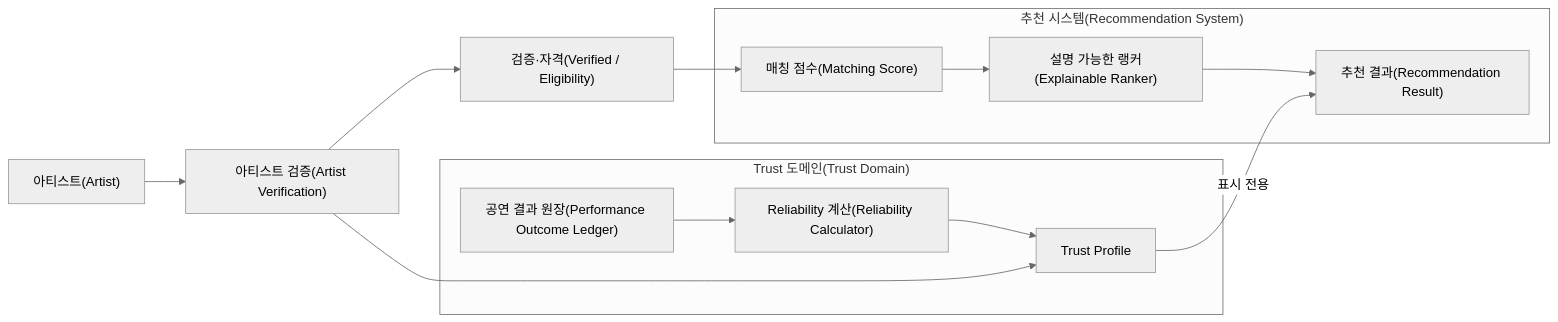
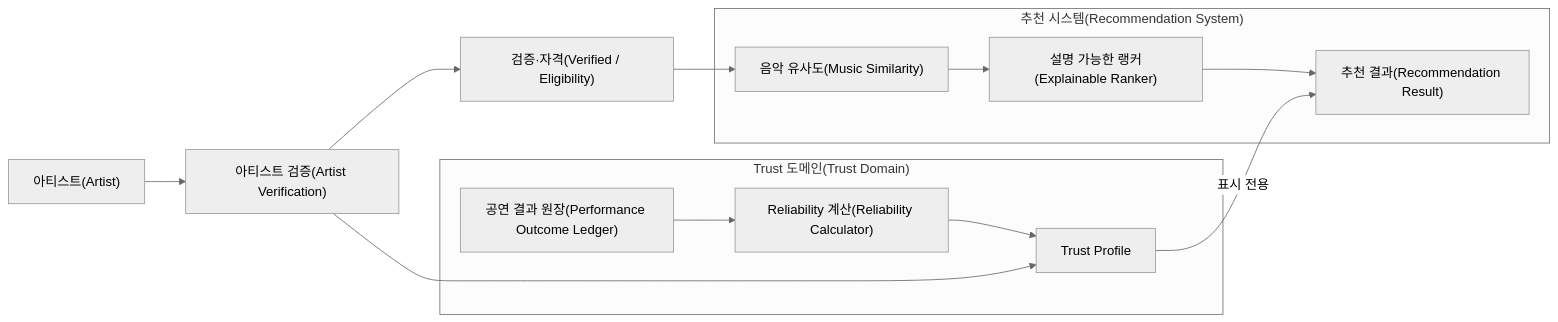
The first of 10 diagrams in docs/adr/artist_trust_architecture/01_artist_trust_architecture.md (nsuCapstoneTeam/NSU_CAPSTONE), drawn with Mermaid (neutral theme) before and after one commit. The commit also changed other lines of this file and 13 other files, not shown here.

````diff
--- a/docs/adr/artist_trust_architecture/01_artist_trust_architecture.md
+++ b/docs/adr/artist_trust_architecture/01_artist_trust_architecture.md
@@ -113,35 +113,35 @@
 ```mermaid
 flowchart LR
 
     Artist["아티스트(Artist)"]
 
     Artist --> Verification["아티스트 검증(Artist Verification)"]
 
     Verification --> Eligibility["검증·자격(Verified / Eligibility)"]
 
-    Eligibility --> Matching["매칭 점수(Matching Score)"]
+    Eligibility --> Matching["음악 유사도(Music Similarity)"]
 
     Matching --> Ranker["설명 가능한 랭커(Explainable Ranker)"]
 
     Ranker --> Result["추천 결과(Recommendation Result)"]
 
     Ledger["공연 결과 원장(Performance Outcome Ledger)"] --> Calculator["Reliability 계산(Reliability Calculator)"]
 
     Calculator --> Profile["Trust Profile"]
 
     Verification --> Profile
 
     Profile -->|표시 전용| Result
 
     subgraph TrustSystem["Trust 도메인(Trust Domain)"]
         Ledger
         Calculator
         Profile
     end
 
     subgraph RecommendationSystem["추천 시스템(Recommendation System)"]
         Matching
         Ranker
         Result
     end
 ```
````
